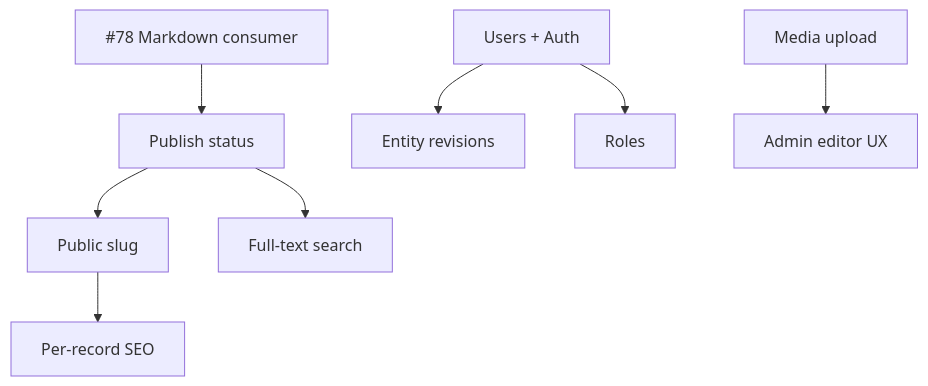
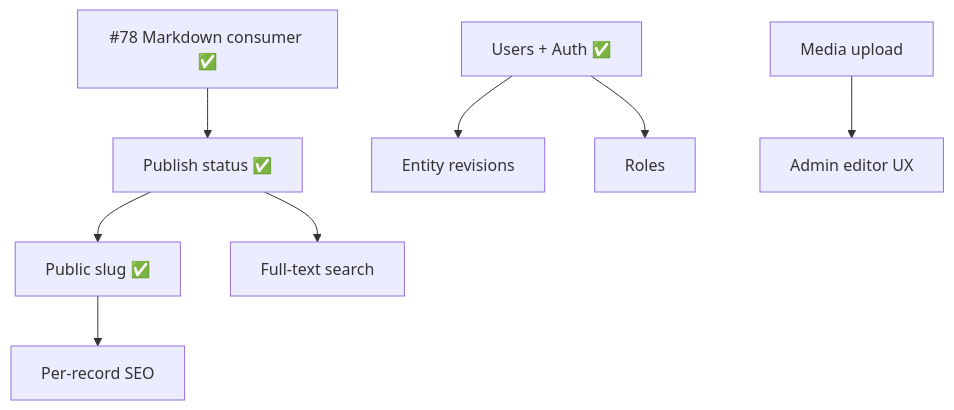
The diagram in docs/milestones/2026-06-cms-mid-term.md (hideyukiMORI/nene-records), drawn with Mermaid before and after one commit. The commit also changed other lines of this file and 5 other files, not shown here.

````diff
--- a/docs/milestones/2026-06-cms-mid-term.md
+++ b/docs/milestones/2026-06-cms-mid-term.md
@@ -135,15 +140,15 @@
 ```mermaid
 flowchart TD
-  M78[#78 Markdown consumer]
-  Auth[Users + Auth]
-  Pub[Publish status]
-  Slug[Public slug]
+  M78[#78 Markdown consumer ✅]
+  Auth[Users + Auth ✅]
+  Pub[Publish status ✅]
+  Slug[Public slug ✅]
   M78 --> Pub
   Auth --> Rev[Entity revisions]
   Pub --> Slug
   Slug --> SEO[Per-record SEO]
   Auth --> Roles[Roles]
   Media[Media upload]
   Media --> Editor[Admin editor UX]
   Pub --> Search[Full-text search]
 ```
````
